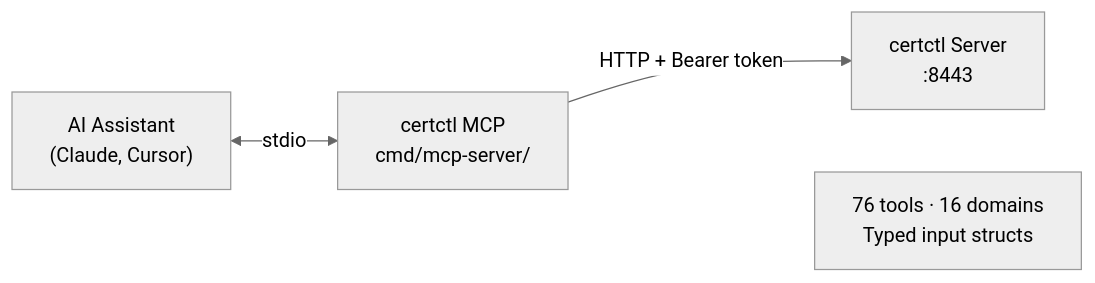
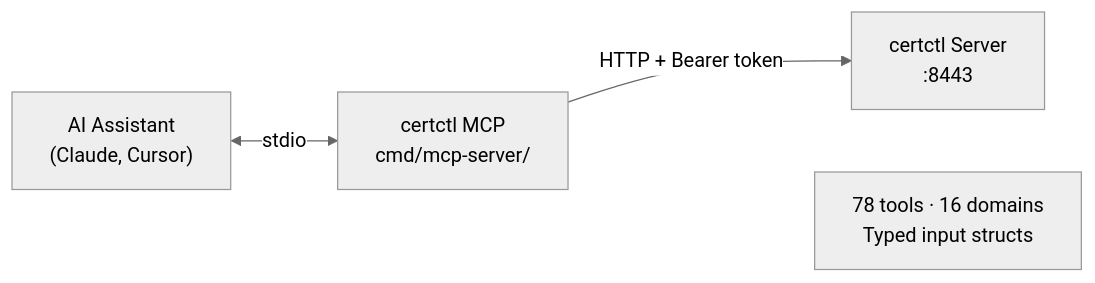
Before and after one commit to certctl-io/certctl: the diagram in docs/mcp.md, drawn with Mermaid (neutral theme). The commit also changed other lines of this file and 7 other files, not shown here.

First line of the commit message:
fix: correct stale counts across all docs (tables 19→21, MCP tools 76→78, tests 860→900+)

````diff
--- a/docs/mcp.md
+++ b/docs/mcp.md
@@ -147,11 +147,11 @@
 ```mermaid
 flowchart LR
     AI["AI Assistant\n(Claude, Cursor)"]
     MCP["certctl MCP\ncmd/mcp-server/"]
     SERVER["certctl Server\n:8443"]
 
     AI <-->|"stdio"| MCP
     MCP -->|"HTTP + Bearer token"| SERVER
 
-    MCP ~~~ TOOLS["76 tools · 16 domains\nTyped input structs"]
+    MCP ~~~ TOOLS["78 tools · 16 domains\nTyped input structs"]
 ```
````
